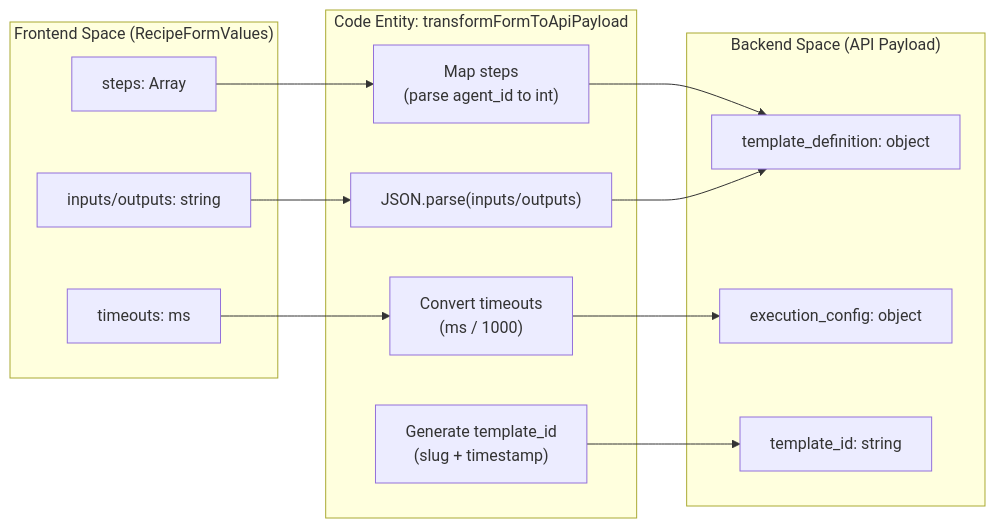
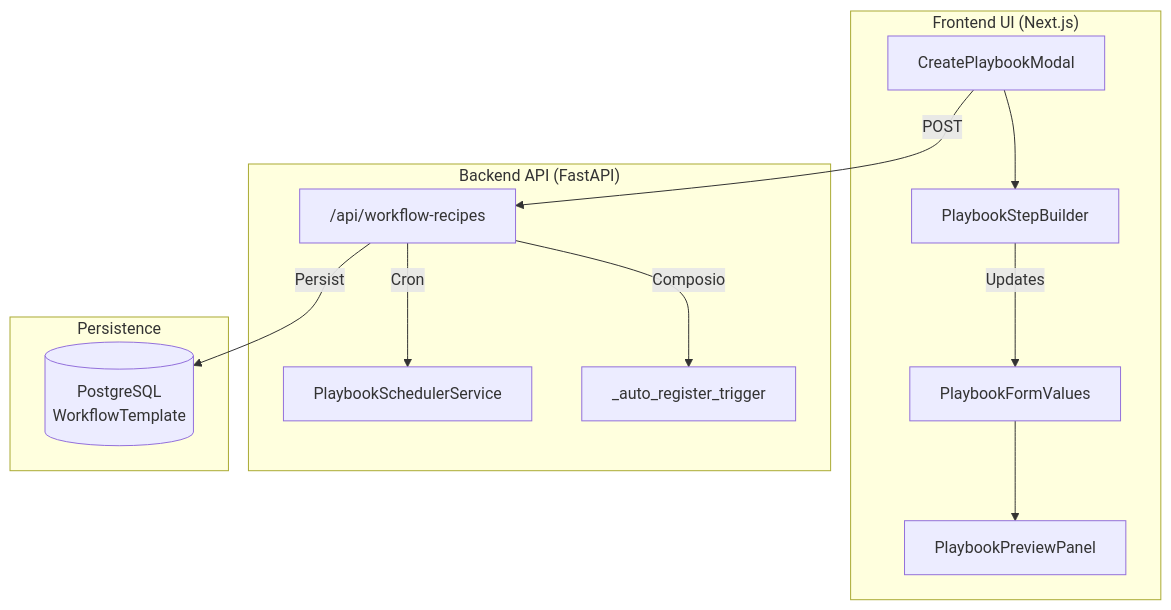
Before and after one commit to AutomatosAI/automatos-ai: the diagram in docs/workflows-recipes/creating-recipes.md, drawn with Mermaid. The commit also changed other lines of this file and 153 other files, not shown here.

````diff
--- a/docs/workflows-recipes/creating-recipes.md
+++ b/docs/workflows-recipes/creating-recipes.md
@@ -172,29 +56,27 @@
 ```mermaid
-graph LR
-    subgraph "Frontend Space (RecipeFormValues)"
-        F_Steps["steps: Array"]
-        F_Timeouts["timeouts: ms"]
-        F_JSON["inputs/outputs: string"]
+graph TD
+    subgraph "Frontend UI (Next.js)"
+        Modal["CreatePlaybookModal"]
+        Form["PlaybookFormValues"]
+        Builder["PlaybookStepBuilder"]
+        Preview["PlaybookPreviewPanel"]
+    end
+    
+    subgraph "Backend API (FastAPI)"
+        Router["/api/workflow-recipes"]
+        Scheduler["PlaybookSchedulerService"]
+        TriggerHandler["_auto_register_trigger"]
     end
 
-    subgraph "Code Entity: transformFormToApiPayload"
-        T_ID["Generate template_id<br/>(slug + timestamp)"]
-        T_Steps["Map steps<br/>(parse agent_id to int)"]
-        T_Time["Convert timeouts<br/>(ms / 1000)"]
-        T_JSON["JSON.parse(inputs/outputs)"]
+    subgraph "Persistence"
+        DB[("PostgreSQL<br/>WorkflowTemplate")]
     end
 
-    subgraph "Backend Space (API Payload)"
-        B_Template["template_definition: object"]
-        B_Exec["execution_config: object"]
-        B_ID["template_id: string"]
-    end
-
-    F_Steps --> T_Steps
-    F_Timeouts --> T_Time
-    F_JSON --> T_JSON
-    T_ID --> B_ID
-    T_Steps --> B_Template
-    T_Time --> B_Exec
-    T_JSON --> B_Template
+    Modal --> Builder
+    Builder -->|Updates| Form
+    Form --> Preview
+    Modal -->|POST| Router
+    Router -->|Persist| DB
+    Router -->|Cron| Scheduler
+    Router -->|Composio| TriggerHandler
 ```
````
